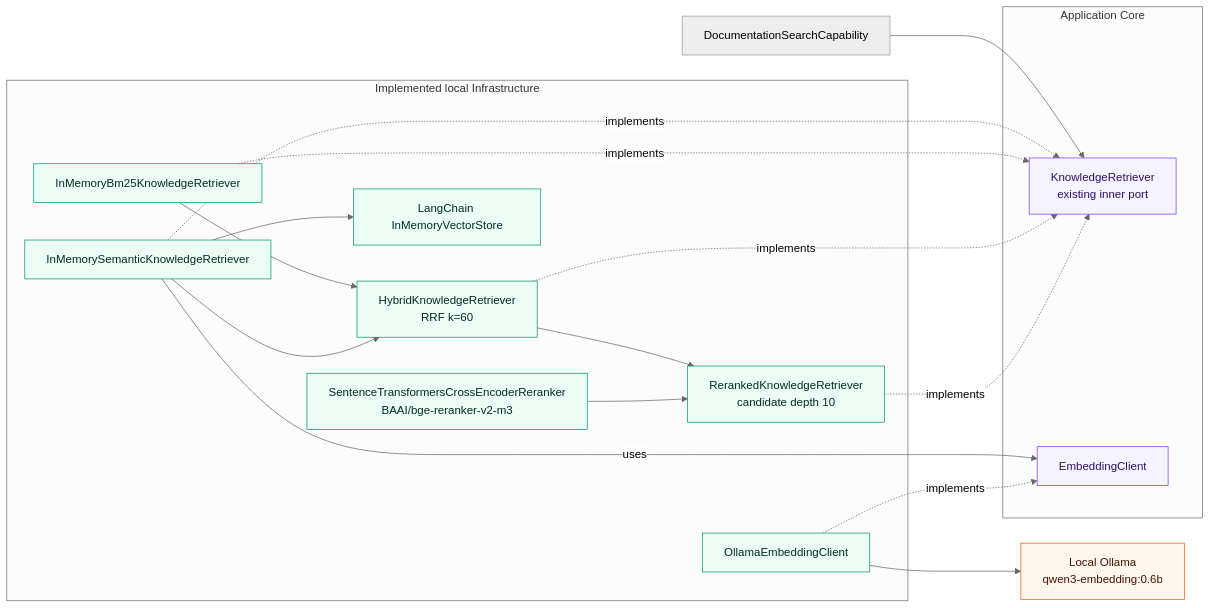
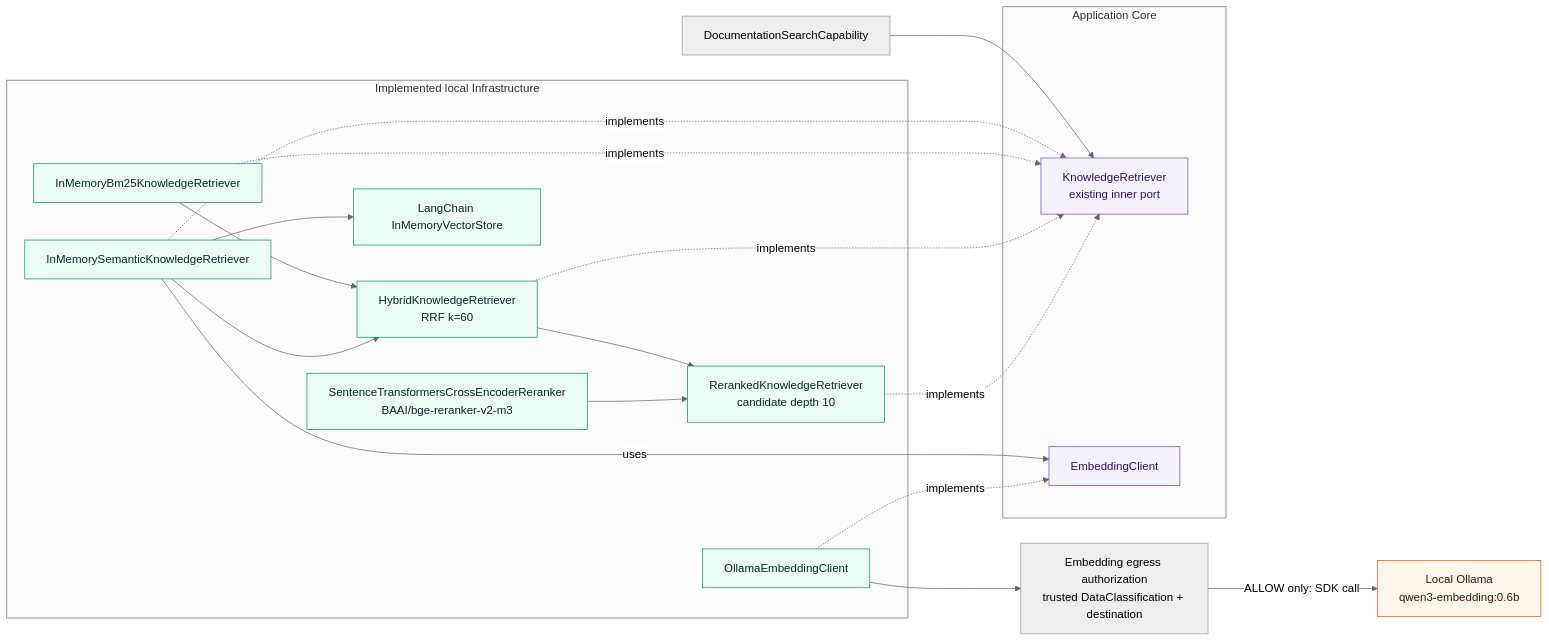
One commit to aboerzel/industrial-ai-agent changed diagram 18 of 21 in docs/architecture/overview.md. Above: the diagram before and after it, drawn with Mermaid (neutral theme). The commit also changed other lines of this file and 16 other files, not shown here.

Commit message:
fix(security): enforce classified embedding egress boundary

````diff
--- a/docs/architecture/overview.md
+++ b/docs/architecture/overview.md
@@ -1246,39 +1270,40 @@
 ```mermaid
 flowchart LR
     Capability["DocumentationSearchCapability"] --> KnowledgePort["KnowledgeRetriever<br/>existing inner port"]
 
     subgraph Core["Application Core"]
         KnowledgePort
         EmbeddingPort["EmbeddingClient"]
     end
 
     subgraph Infrastructure["Implemented local Infrastructure"]
         Bm25["InMemoryBm25KnowledgeRetriever"]
         Semantic["InMemorySemanticKnowledgeRetriever"]
         Hybrid["HybridKnowledgeRetriever<br/>RRF k=60"]
         Reranked["RerankedKnowledgeRetriever<br/>candidate depth 10"]
         Reranker["SentenceTransformersCrossEncoderReranker<br/>BAAI/bge-reranker-v2-m3"]
         Adapter["OllamaEmbeddingClient"]
         Index["LangChain InMemoryVectorStore"]
     end
 
     Semantic -.->|"implements"| KnowledgePort
     Bm25 -.->|"implements"| KnowledgePort
     Hybrid -.->|"implements"| KnowledgePort
     Reranked -.->|"implements"| KnowledgePort
     Semantic -->|"uses"| EmbeddingPort
     Adapter -.->|"implements"| EmbeddingPort
     Semantic --> Index
     Bm25 --> Hybrid
     Semantic --> Hybrid
     Hybrid --> Reranked
     Reranker --> Reranked
-    Adapter --> Model["Local Ollama<br/>qwen3-embedding:0.6b"]
+    Adapter --> Guard["Embedding egress authorization<br/>trusted DataClassification + destination"]
+    Guard -->|"ALLOW only: SDK call"| Model["Local Ollama<br/>qwen3-embedding:0.6b"]
 
     classDef core fill:#f5f3ff,stroke:#7c3aed,color:#2e1065
     classDef adapter fill:#ecfdf5,stroke:#059669,color:#022c22
     classDef external fill:#fff7ed,stroke:#ea580c,color:#431407
     class KnowledgePort,EmbeddingPort core
     class Bm25,Semantic,Hybrid,Reranked,Reranker,Adapter,Index adapter
     class Model external
 ```
````
